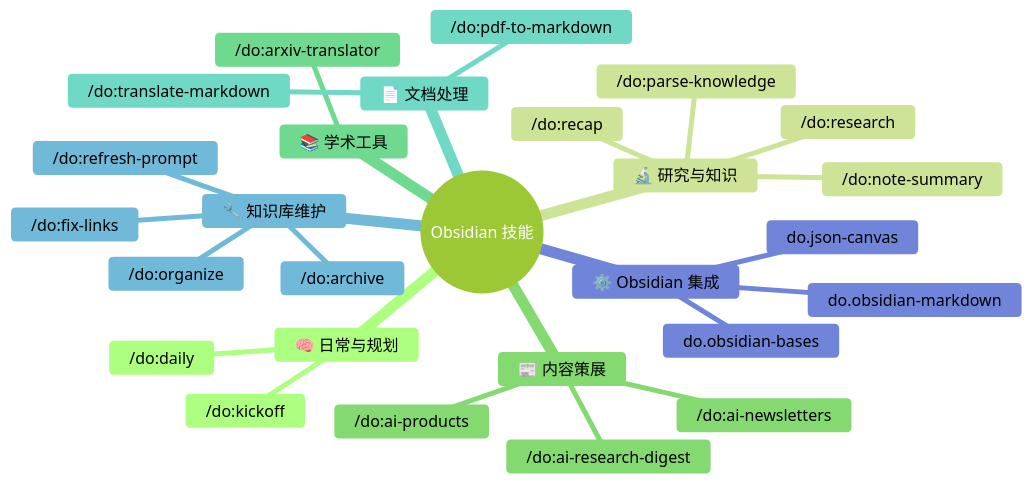
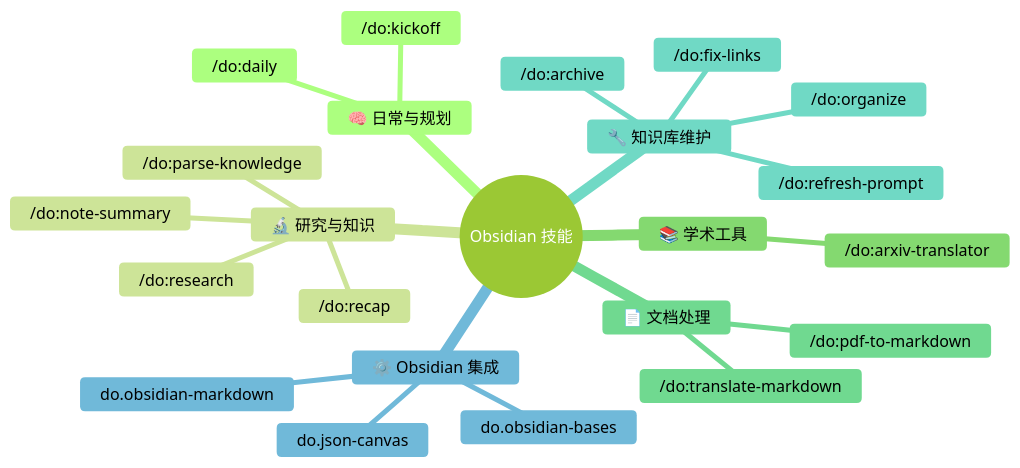
Before and after one commit to dull-bird/DeepOrbit: the fourth of 8 diagrams in README_CN.md, drawn with Mermaid (forest theme). The commit also changed other lines of this file and 11 other files, not shown here.

````diff
--- a/README_CN.md
+++ b/README_CN.md
@@ -150,30 +150,26 @@
 ```mermaid
 mindmap
   root((Obsidian 技能))
     🧠 日常与规划
       /do:daily
       /do:kickoff
     🔬 研究与知识
       /do:research
       /do:parse-knowledge
       /do:note-summary
       /do:recap
-    📰 内容策展
-      /do:ai-newsletters
-      /do:ai-products
-      /do:ai-research-digest
     📚 学术工具
       /do:arxiv-translator
     📄 文档处理
       /do:pdf-to-markdown
       /do:translate-markdown
     🔧 知识库维护
       /do:fix-links
       /do:archive
       /do:organize
       /do:refresh-prompt
     ⚙️ Obsidian 集成
       do.obsidian-markdown
       do.obsidian-bases
       do.json-canvas
 ```
````
